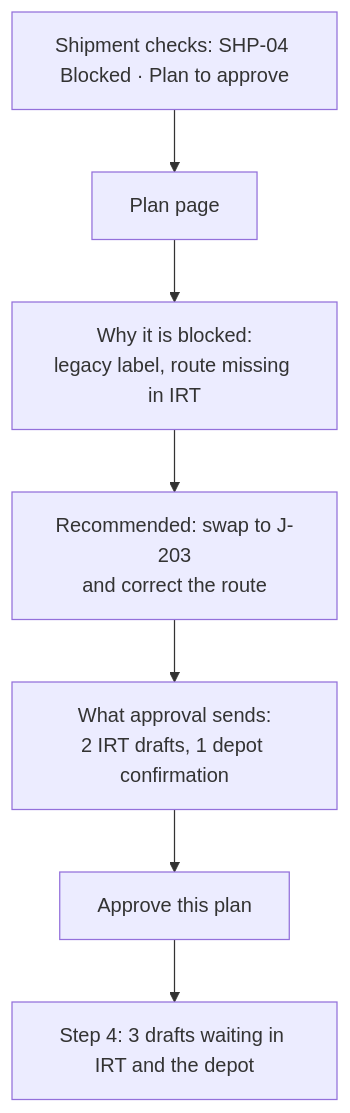
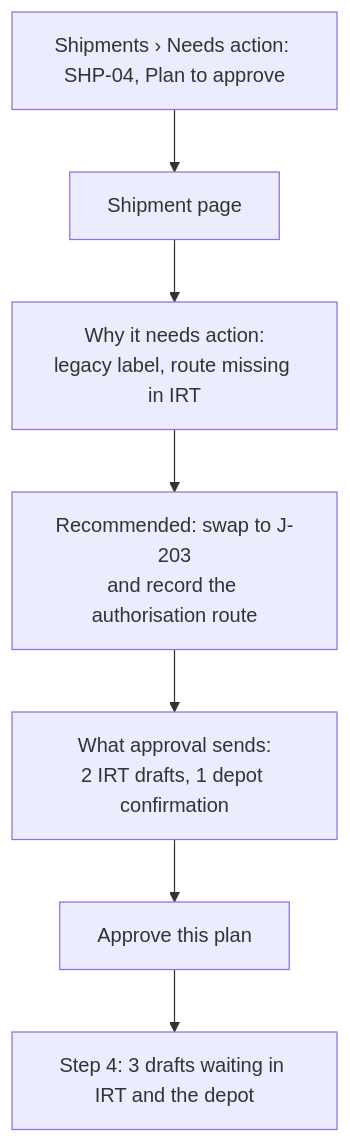
The fourth of 7 diagrams in RegChain-AI-User-Journeys.md (Gpanaritis/ClinRadar), drawn with Mermaid before and after one commit. The commit also changed other lines of this file, not shown here.

````diff
--- a/RegChain-AI-User-Journeys.md
+++ b/RegChain-AI-User-Journeys.md
@@ -114,9 +196,9 @@
 ```mermaid
 flowchart TD
-  A[Shipment checks: SHP-04 Blocked · Plan to approve] --> B[Plan page]
-  B --> C[Why it is blocked:<br/>legacy label, route missing in IRT]
-  C --> D[Recommended: swap to J-203<br/>and correct the route]
+  A[Shipments › Needs action: SHP-04, Plan to approve] --> B[Shipment page]
+  B --> C[Why it needs action:<br/>legacy label, route missing in IRT]
+  C --> D[Recommended: swap to J-203<br/>and record the authorisation route]
   D --> E[What approval sends:<br/>2 IRT drafts, 1 depot confirmation]
   E --> F[Approve this plan]
   F --> G[Step 4: 3 drafts waiting in IRT and the depot]
 ```
````
